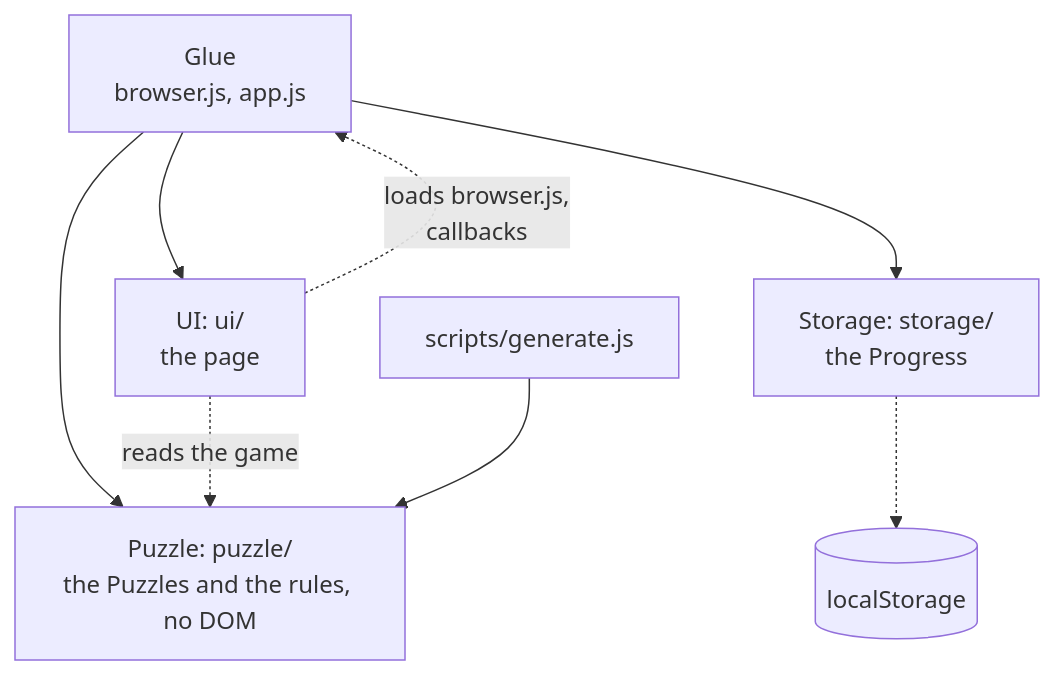
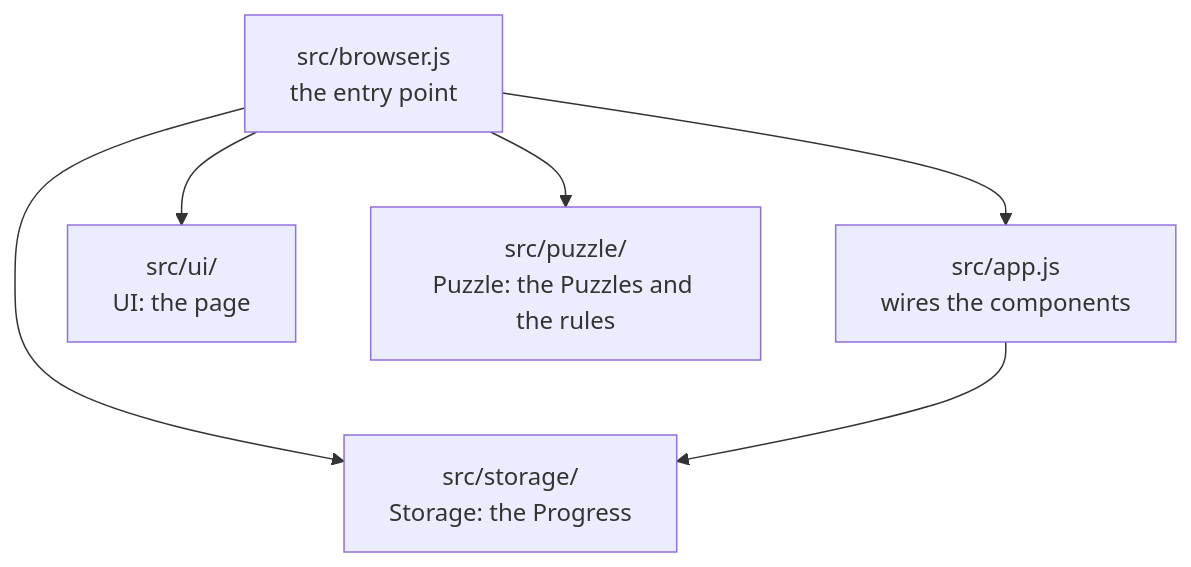
One commit to treetopbottle/molecuzzle changed the diagram in README.md. Above: the diagram before and after it, drawn with Mermaid. The commit also changed other lines of this file and 10 other files, not shown here.

Commit message:
docs: three components, wired by browser.js and app.js, with a diagram of imports per component; say decision in the links to decisions

````diff
--- a/README.md
+++ b/README.md
@@ -55,17 +50,14 @@
 ```mermaid
 flowchart TD
-  glue["Glue<br/>browser.js, app.js"]
-  ui["UI: ui/<br/>the page"]
-  puzzle["Puzzle: puzzle/<br/>the Puzzles and the rules, no DOM"]
-  storage["Storage: storage/<br/>the Progress"]
-  local[("localStorage")]
-  generate["scripts/generate.js"]
+  browser["src/browser.js<br/>the entry point"]
+  app["src/app.js<br/>wires the components"]
+  ui["src/ui/<br/>UI: the page"]
+  puzzle["src/puzzle/<br/>Puzzle: the Puzzles and the rules"]
+  storage["src/storage/<br/>Storage: the Progress"]
 
-  glue --> ui
-  glue --> puzzle
-  glue --> storage
-  ui -. "loads browser.js,<br/>callbacks" .-> glue
-  ui -. "reads the game" .-> puzzle
-  storage -.-> local
-  generate --> puzzle
+  browser --> app
+  browser --> ui
+  browser --> puzzle
+  browser --> storage
+  app --> storage
 ```
````
